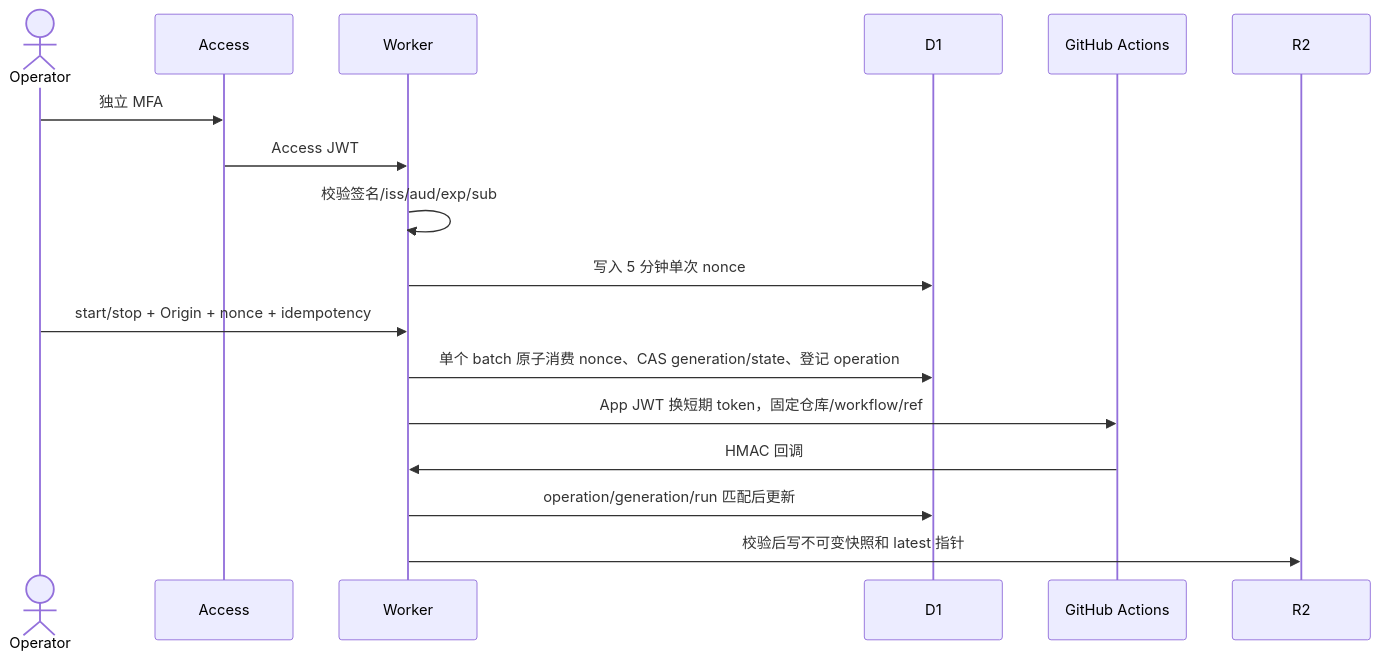
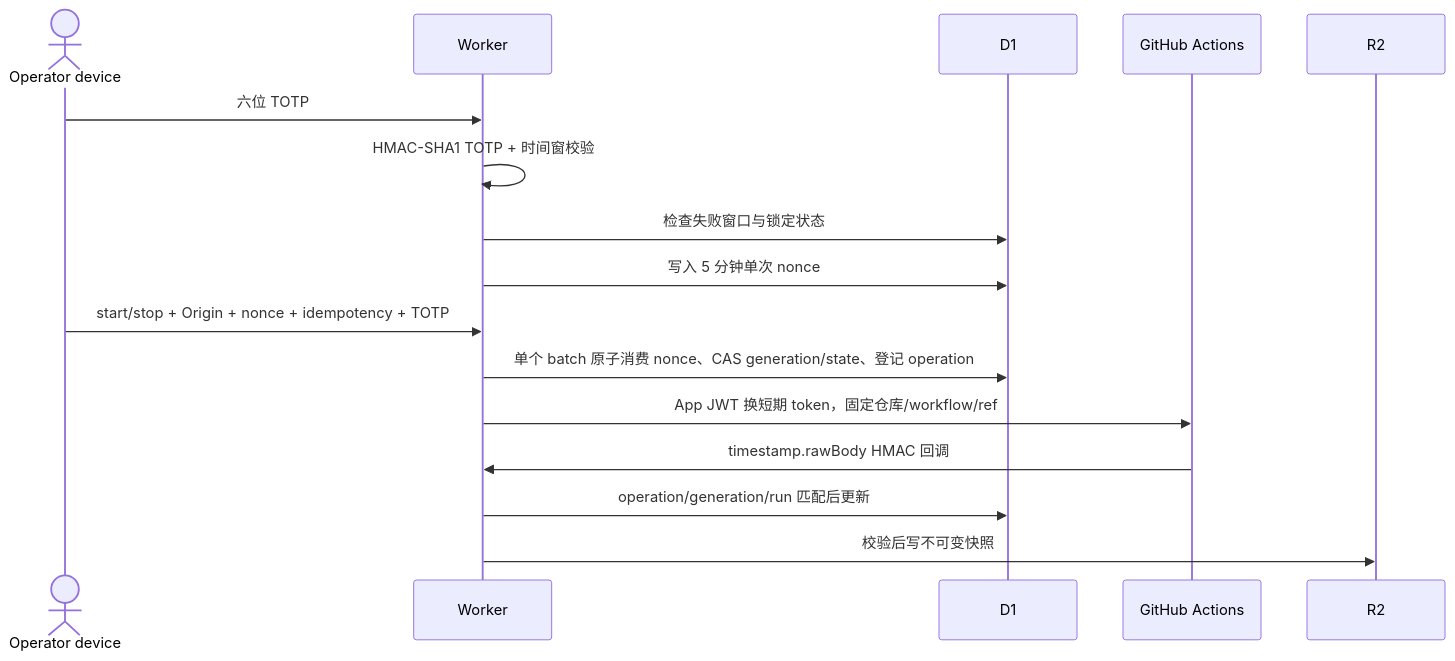
One commit to Tiancheng-Xu/fullstack-showcase changed the second of 2 diagrams in docs/delivery/performance-mfa-control-evidence.md. Above: the diagram before and after it, drawn with Mermaid. The commit also changed other lines of this file and 6 other files, not shown here.

````diff
--- a/docs/delivery/performance-mfa-control-evidence.md
+++ b/docs/delivery/performance-mfa-control-evidence.md
@@ -22,19 +21,18 @@
 ```mermaid
 sequenceDiagram
-  actor O as Operator
-  participant A as Access
+  actor O as Operator device
   participant W as Worker
   participant D as D1
   participant G as GitHub Actions
   participant R as R2
-  O->>A: 独立 MFA
-  A->>W: Access JWT
-  W->>W: 校验签名/iss/aud/exp/sub
+  O->>W: 六位 TOTP
+  W->>W: HMAC-SHA1 TOTP + 时间窗校验
+  W->>D: 检查失败窗口与锁定状态
   W->>D: 写入 5 分钟单次 nonce
-  O->>W: start/stop + Origin + nonce + idempotency
+  O->>W: start/stop + Origin + nonce + idempotency + TOTP
   W->>D: 单个 batch 原子消费 nonce、CAS generation/state、登记 operation
   W->>G: App JWT 换短期 token，固定仓库/workflow/ref
-  G->>W: HMAC 回调
+  G->>W: timestamp.rawBody HMAC 回调
   W->>D: operation/generation/run 匹配后更新
-  W->>R: 校验后写不可变快照和 latest 指针
+  W->>R: 校验后写不可变快照
 ```
````
